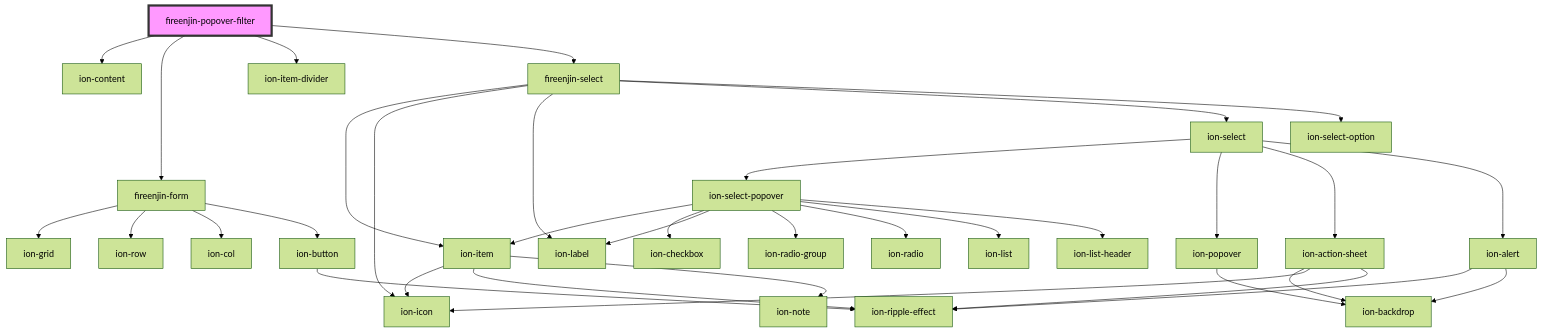
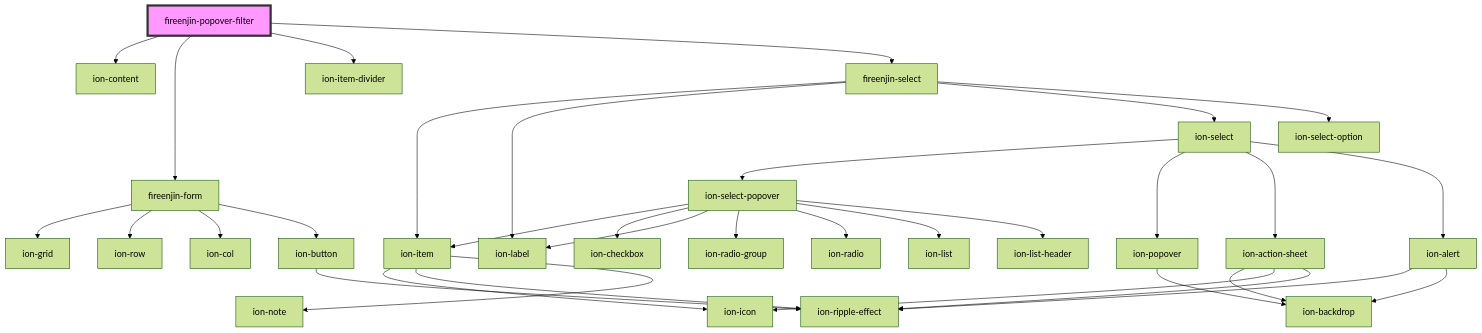
The diagram in src/components/popover-filter/readme.md (FireEnjin/Components), drawn with Mermaid (forest theme) before and after one commit. The commit also changed 3 other files, not shown here.

````diff
--- a/src/components/popover-filter/readme.md
+++ b/src/components/popover-filter/readme.md
@@ -26,38 +26,37 @@
 ```mermaid
 graph TD;
   fireenjin-popover-filter --> ion-content
   fireenjin-popover-filter --> fireenjin-form
   fireenjin-popover-filter --> ion-item-divider
   fireenjin-popover-filter --> fireenjin-select
   fireenjin-form --> ion-grid
   fireenjin-form --> ion-row
   fireenjin-form --> ion-col
   fireenjin-form --> ion-button
   ion-button --> ion-ripple-effect
   fireenjin-select --> ion-item
-  fireenjin-select --> ion-icon
   fireenjin-select --> ion-label
   fireenjin-select --> ion-select
   fireenjin-select --> ion-select-option
   ion-item --> ion-icon
   ion-item --> ion-ripple-effect
   ion-item --> ion-note
   ion-select --> ion-select-popover
   ion-select --> ion-popover
   ion-select --> ion-action-sheet
   ion-select --> ion-alert
   ion-select-popover --> ion-item
   ion-select-popover --> ion-checkbox
   ion-select-popover --> ion-label
   ion-select-popover --> ion-radio-group
   ion-select-popover --> ion-radio
   ion-select-popover --> ion-list
   ion-select-popover --> ion-list-header
   ion-popover --> ion-backdrop
   ion-action-sheet --> ion-backdrop
   ion-action-sheet --> ion-icon
   ion-action-sheet --> ion-ripple-effect
   ion-alert --> ion-ripple-effect
   ion-alert --> ion-backdrop
   style fireenjin-popover-filter fill:#f9f,stroke:#333,stroke-width:4px
 ```
````
